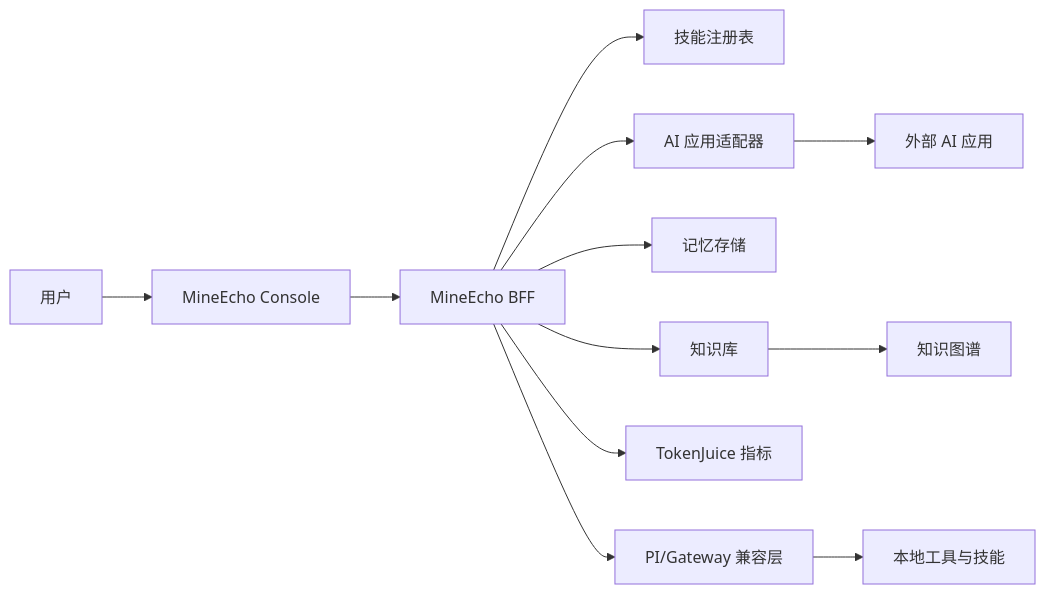
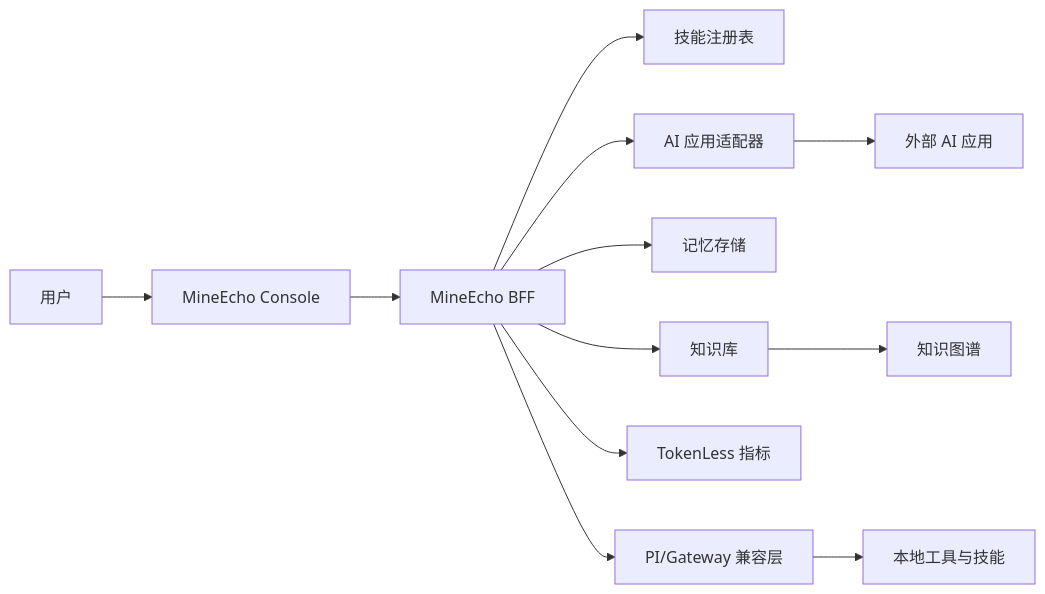
One commit to Health-Yang/MineEcho changed the diagram in docs/architecture.zh-CN.md. Above: the diagram before and after it, drawn with Mermaid. The commit also changed other lines of this file and 28 other files, not shown here.

Commit message:
Rename cost controls to TokenLess

````diff
--- a/docs/architecture.zh-CN.md
+++ b/docs/architecture.zh-CN.md
@@ -7,14 +7,14 @@
 ```mermaid
 flowchart LR
   User[用户] --> Console[MineEcho Console]
   Console --> BFF[MineEcho BFF]
   BFF --> Skills[技能注册表]
   BFF --> Apps[AI 应用适配器]
   BFF --> Memory[记忆存储]
   BFF --> KB[知识库]
-  BFF --> Metrics[TokenJuice 指标]
+  BFF --> Metrics[TokenLess 指标]
   BFF --> Gateway[PI/Gateway 兼容层]
   Gateway --> Tools[本地工具与技能]
   Apps --> Providers[外部 AI 应用]
   KB --> Graph[知识图谱]
 ```
````
